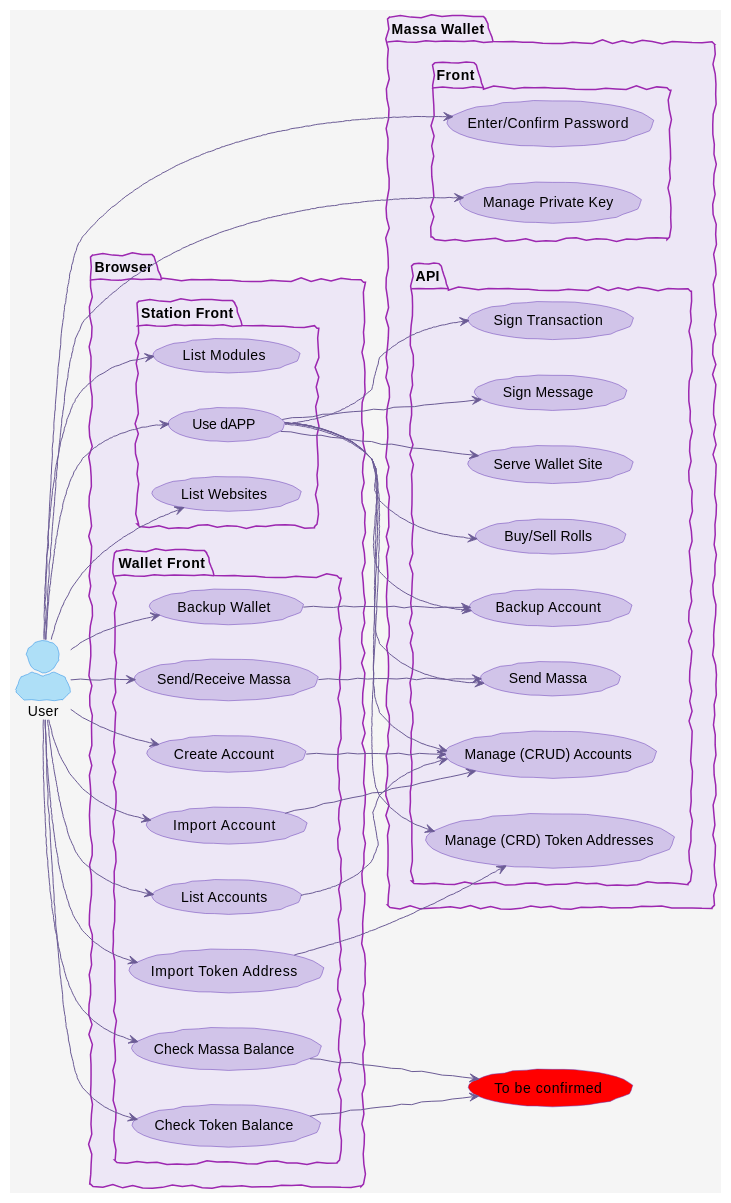
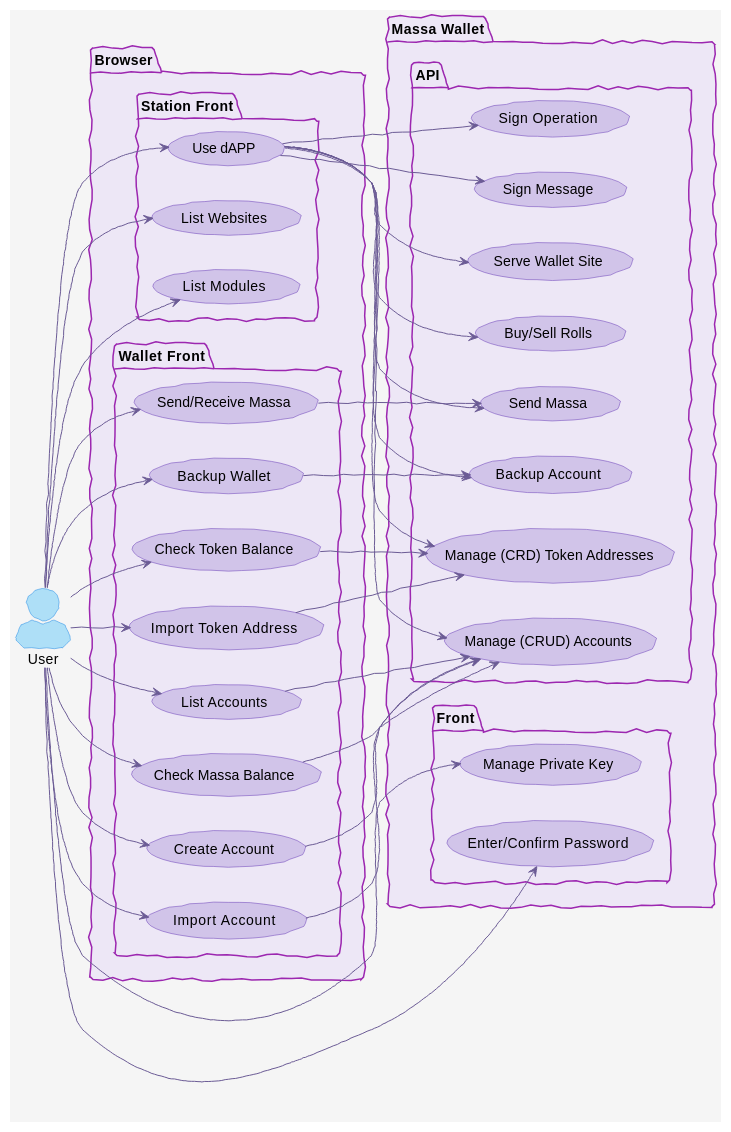
One commit to massalabs/station-massa-wallet changed the first of 4 diagrams in documentation/wallet.adoc. Above: the diagram before and after it, drawn with PlantUML. The commit also changed other lines of this file, not shown here.

```diff
--- a/documentation/wallet.adoc
+++ b/documentation/wallet.adoc
@@ -125,8 +125,6 @@
 
 actor User as user
 
-usecase "To be confirmed" as tbc  #red
-
 package "Browser" {
     package "Station Front" {
         usecase "List Websites" as stationFront_listWebSites
@@ -152,10 +150,10 @@
         usecase "Manage (CRUD) Accounts" as walletAPI_cRUDAccount
         usecase "Send Massa" as walletAPI_sendMassa
         usecase "Buy/Sell Rolls" as walletAPI_buySellRolls
-        usecase "Sign Transaction" as walletAPI_signOperation
+        usecase "Sign Operation" as walletAPI_signOperation
         usecase "Sign Message" as walletAPI_signMessage
         usecase "Backup Account" as walletAPI_backupAccount
-        usecase "Manage (CRD) Token Addresses" as walletAPI_cRUDLinkedFungibleTokenAddress
+        usecase "Manage (CRD) Token Addresses" as walletAPI_cRUDAsset
     }
 
     package "Front" {
@@ -182,9 +180,9 @@
 walletWebFront_importAccount                --> walletAPI_cRUDAccount
 walletWebFront_listAccounts                 --> walletAPI_cRUDAccount
 walletWebFront_sendReceiveMassa             --> walletAPI_sendMassa
-walletWebFront_checkMassaBalance            --> tbc
-walletWebFront_importFungibleTokenAddress   --> walletAPI_cRUDLinkedFungibleTokenAddress
-walletWebFront_checkTokenBalance            --> tbc
+walletWebFront_checkMassaBalance            --> walletAPI_cRUDAccount
+walletWebFront_importFungibleTokenAddress   --> walletAPI_cRUDAsset
+walletWebFront_checkTokenBalance            --> walletAPI_cRUDAsset
 walletWebFront_backupWallet                 --> walletAPI_backupAccount
 
 stationFront_useDApp --> walletAPI_serveWebSite
@@ -194,6 +192,6 @@
 stationFront_useDApp --> walletAPI_signOperation
 stationFront_useDApp --> walletAPI_signMessage
 stationFront_useDApp --> walletAPI_backupAccount
-stationFront_useDApp --> walletAPI_cRUDLinkedFungibleTokenAddress
+stationFront_useDApp --> walletAPI_cRUDAsset
 @enduml
 ----
```
